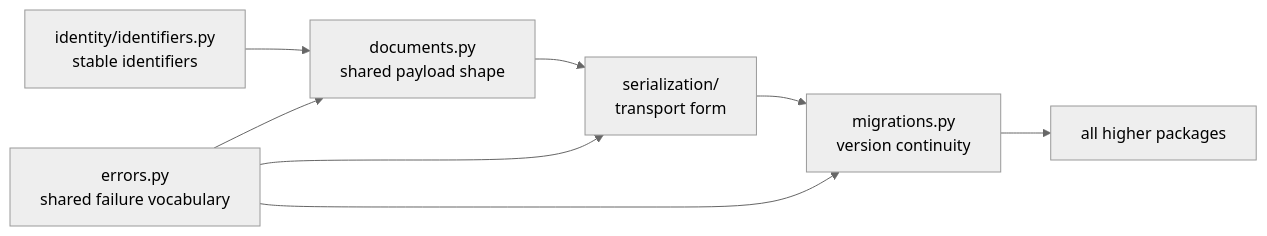
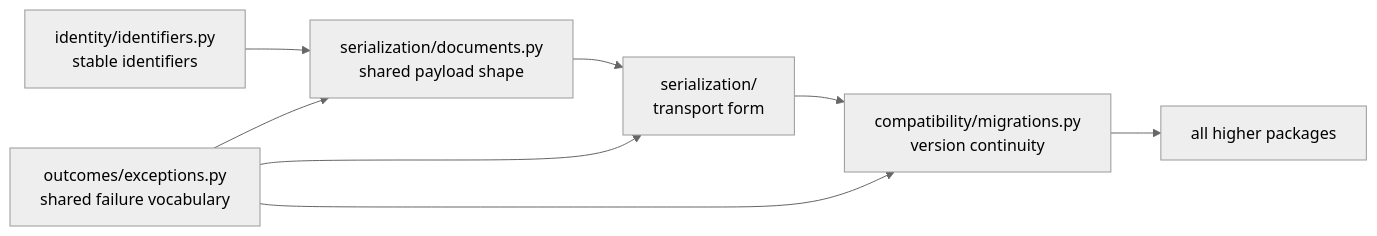
One commit to bijux/bijux-proteomics changed the diagram in docs/03-bijux-proteomics-foundation/architecture/index.md. Above: the diagram before and after it, drawn with Mermaid (neutral theme). The commit also changed other lines of this file and 66 other files, not shown here.

````diff
--- a/docs/03-bijux-proteomics-foundation/architecture/index.md
+++ b/docs/03-bijux-proteomics-foundation/architecture/index.md
@@ -17,14 +17,14 @@
 ```mermaid
 flowchart LR
     ids["identity/identifiers.py<br/>stable identifiers"]
-    schema["documents.py<br/>shared payload shape"]
+    schema["serialization/documents.py<br/>shared payload shape"]
     serialization["serialization/<br/>transport form"]
-    migrations["migrations.py<br/>version continuity"]
-    errors["errors.py<br/>shared failure vocabulary"]
+    migrations["compatibility/migrations.py<br/>version continuity"]
+    errors["outcomes/exceptions.py<br/>shared failure vocabulary"]
     consumers["all higher packages"]
 
     ids --> schema --> serialization --> migrations --> consumers
     errors --> schema
     errors --> serialization
     errors --> migrations
 ```
````
